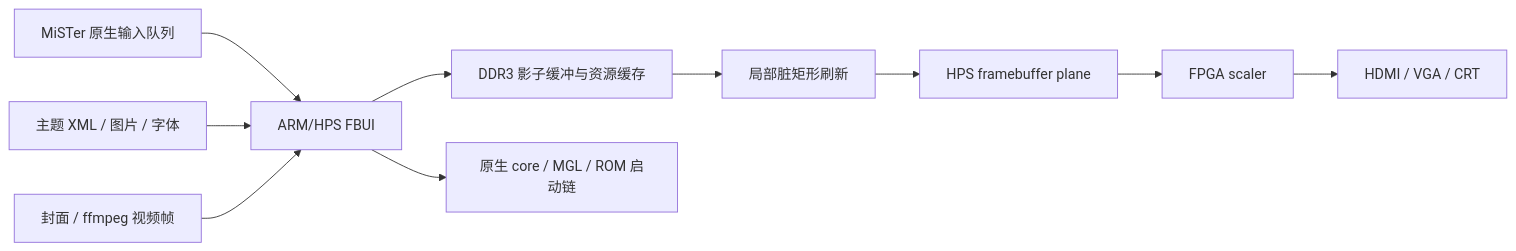
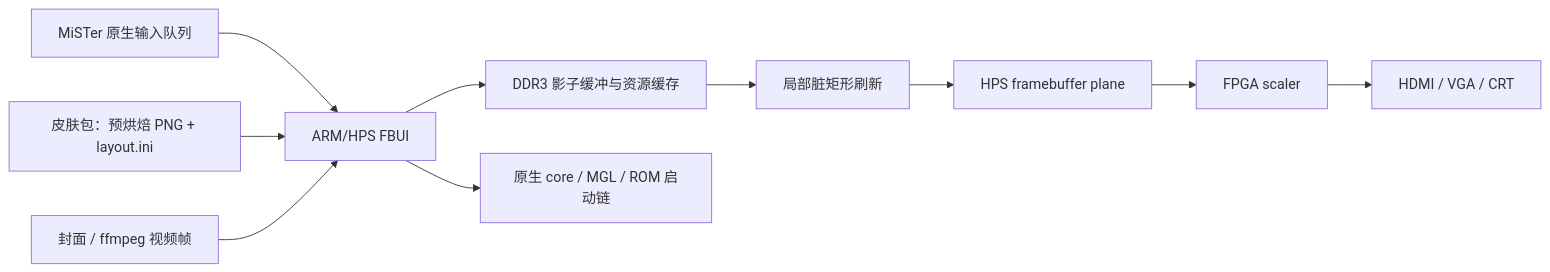
The diagram in README.md (awangs1986/MISTER_FBUI), drawn with Mermaid before and after one commit. The commit also changed other lines of this file and 1 other file, not shown here.

````diff
--- a/README.md
+++ b/README.md
@@ -18,12 +20,12 @@
 ```mermaid
 flowchart LR
     Input["MiSTer 原生输入队列"] --> FBUI["ARM/HPS FBUI"]
-    Theme["主题 XML / 图片 / 字体"] --> FBUI
+    Skin["皮肤包：预烘焙 PNG + layout.ini"] --> FBUI
     Media["封面 / ffmpeg 视频帧"] --> FBUI
     FBUI --> Shadow["DDR3 影子缓冲与资源缓存"]
     Shadow --> Dirty["局部脏矩形刷新"]
     Dirty --> HPSFB["HPS framebuffer plane"]
     HPSFB --> Scaler["FPGA scaler"]
     Scaler --> Output["HDMI / VGA / CRT"]
     FBUI --> Launch["原生 core / MGL / ROM 启动链"]
 ```
````
